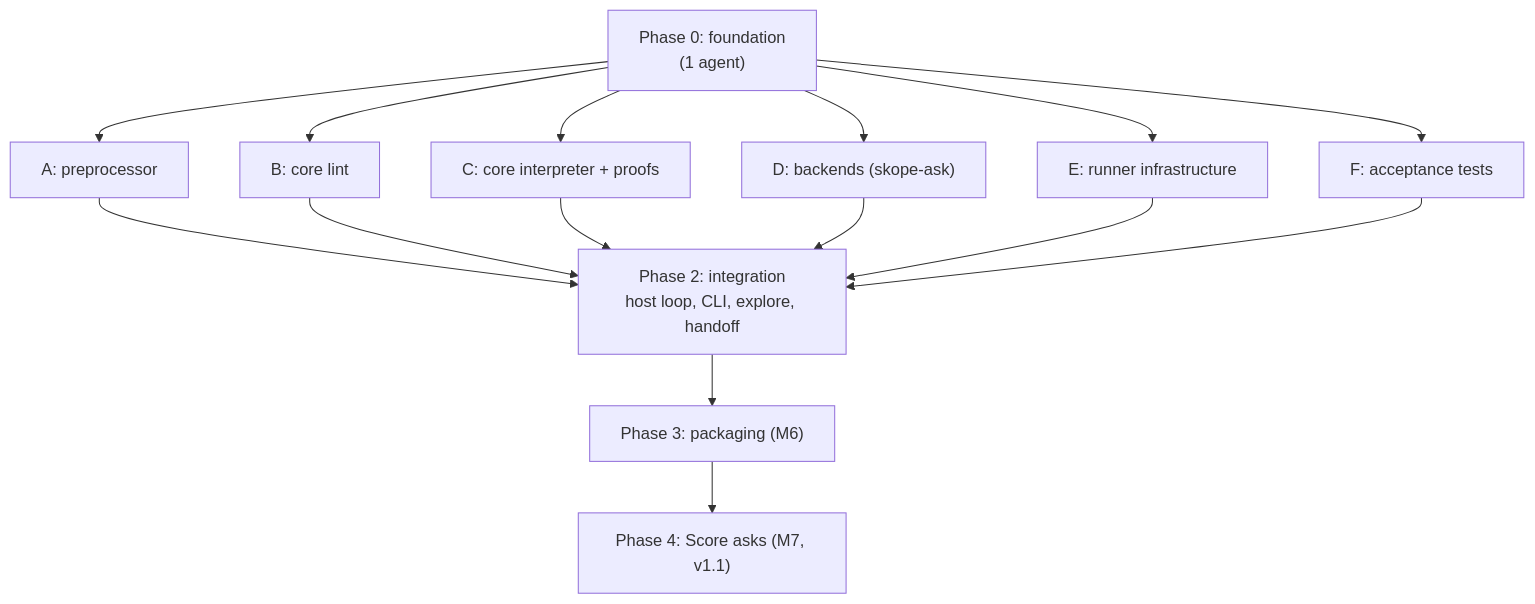
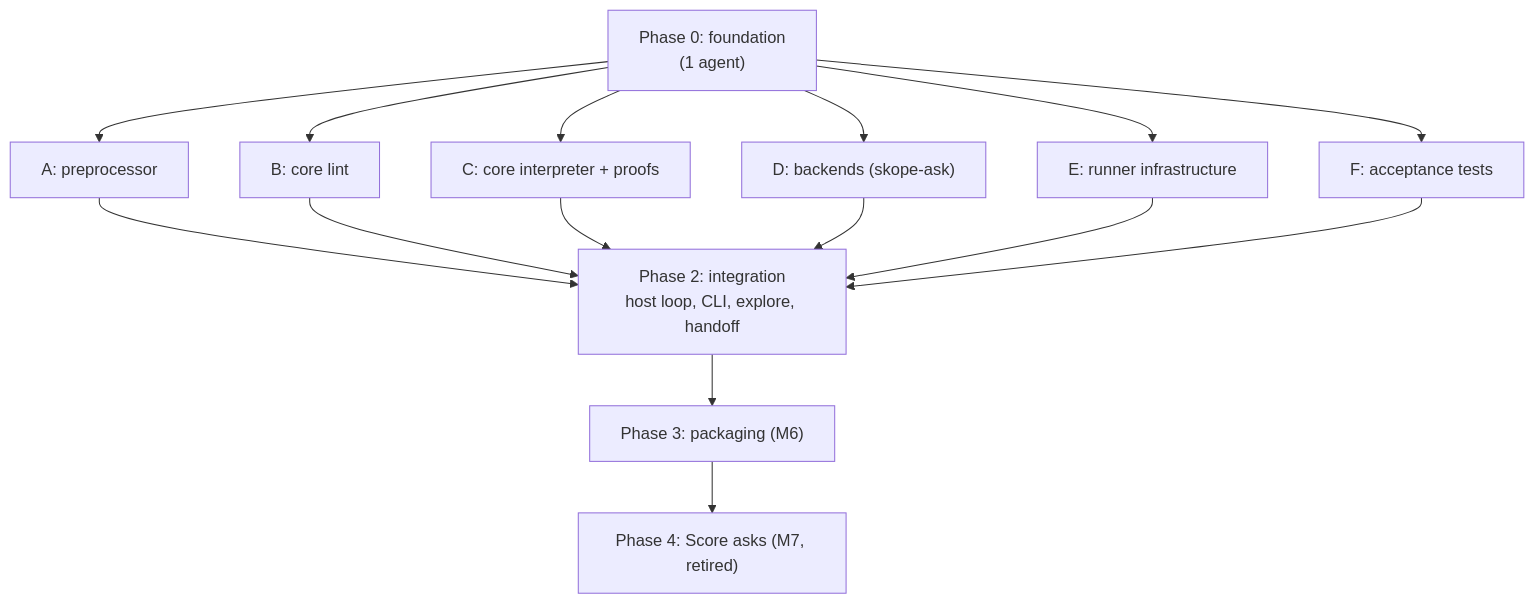
The first of 2 diagrams in docs/PLAN.md (mattyv/skope), drawn with Mermaid before and after one commit. The commit also changed other lines of this file and 4 other files, not shown here.

First line of the commit message:
Docs: remove Score asks from SPEC, README and PLAN

````diff
--- a/docs/PLAN.md
+++ b/docs/PLAN.md
@@ -51,18 +51,18 @@
 ```mermaid
 flowchart TD
   P0["Phase 0: foundation<br/>(1 agent)"]
   P0 --> A["A: preprocessor"]
   P0 --> B["B: core lint"]
   P0 --> C["C: core interpreter + proofs"]
   P0 --> D["D: backends (skope-ask)"]
   P0 --> E["E: runner infrastructure"]
   P0 --> F["F: acceptance tests"]
   A --> G["Phase 2: integration<br/>host loop, CLI, explore, handoff"]
   B --> G
   C --> G
   D --> G
   E --> G
   F --> G
   G --> H["Phase 3: packaging (M6)"]
-  H --> S["Phase 4: Score asks (M7, v1.1)"]
+  H --> S["Phase 4: Score asks (M7, retired)"]
 ```
````
